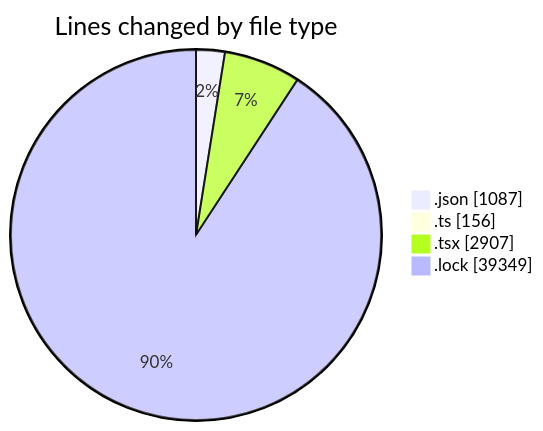
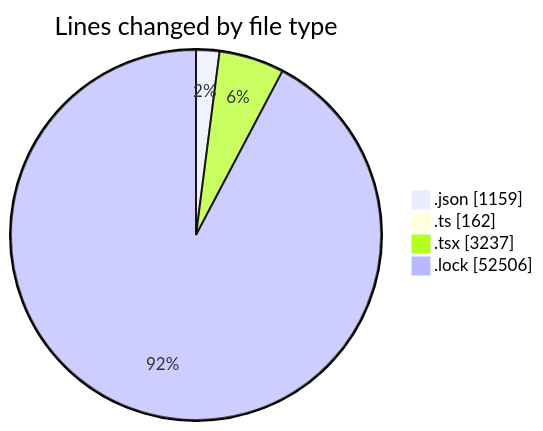
One commit to momahboobian/code-tracking changed the first of 2 diagrams in 2025-05-07/cda/README.md. Above: the diagram before and after it, drawn with Mermaid. The commit also changed other lines of this file and 1 other file, not shown here.

````diff
--- a/2025-05-07/cda/README.md
+++ b/2025-05-07/cda/README.md
@@ -57,8 +58,8 @@
 ```mermaid
 pie showData
 title Lines changed by file type
-".json" : 1087
-".ts" : 156
-".tsx" : 2907
-".lock" : 39349
+".json" : 1159
+".ts" : 162
+".tsx" : 3237
+".lock" : 52506
 ```
````
